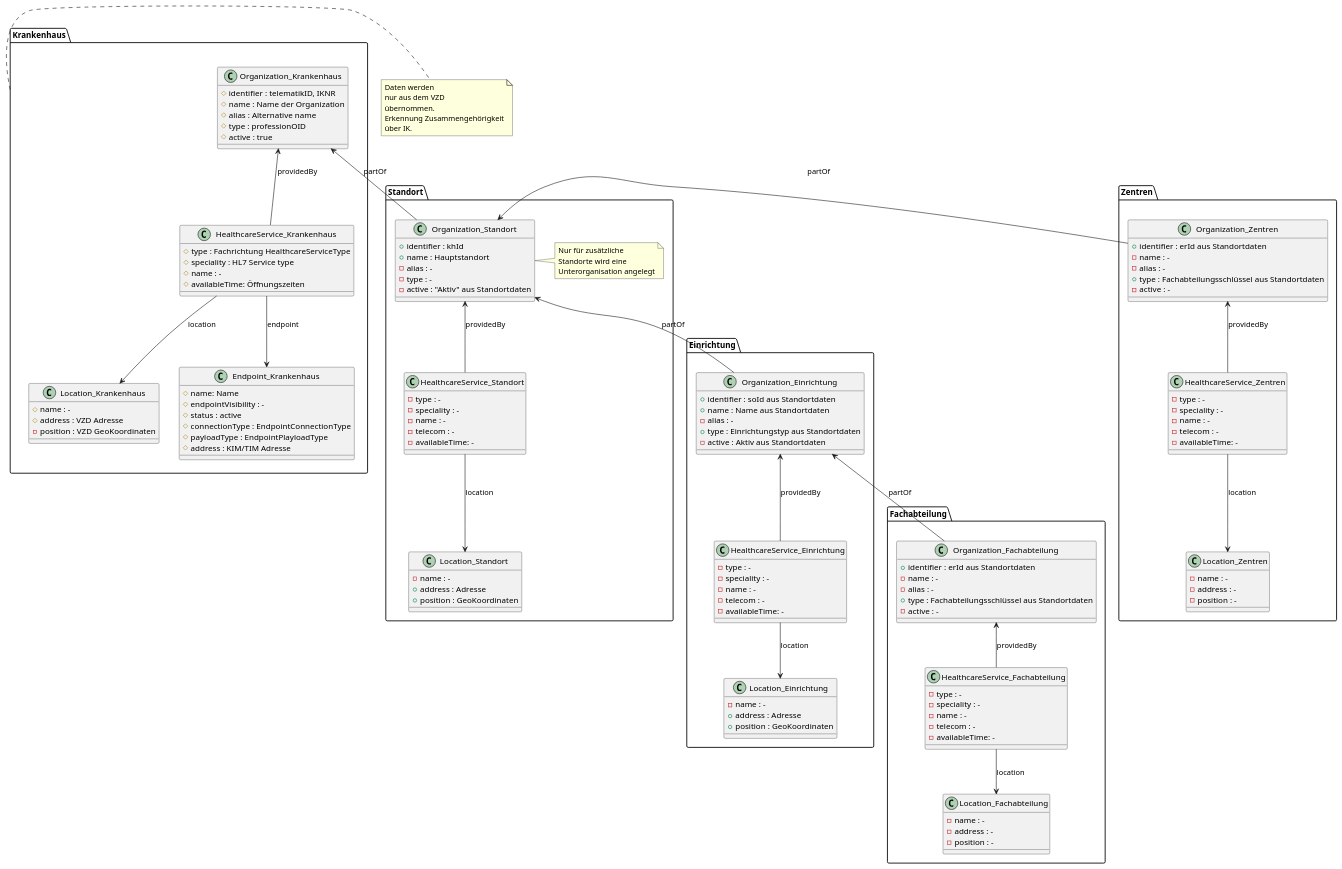
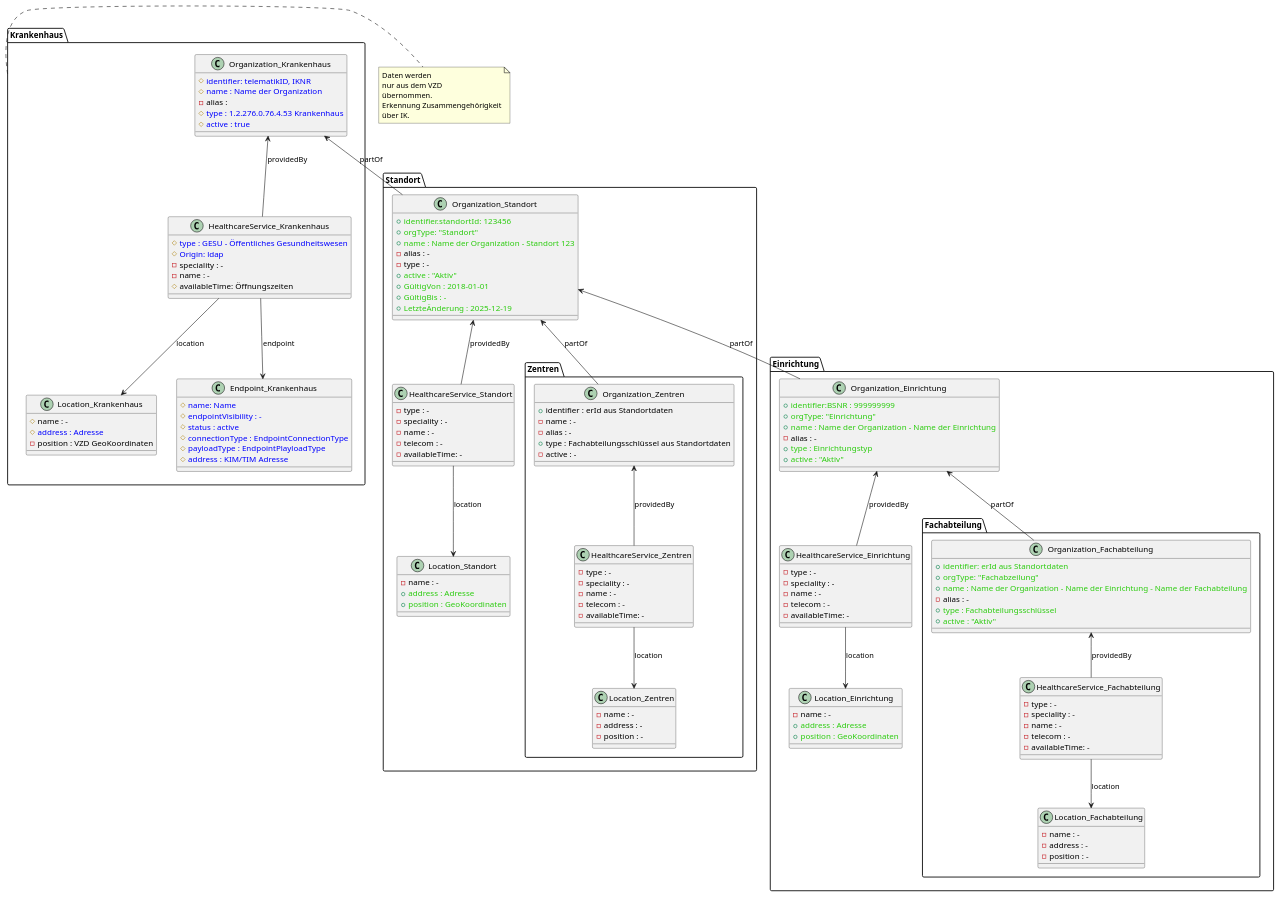
Before and after one commit to gematik/api-vzd: the diagram in src/plantuml/OrgStruct/Standortverzeichnis.puml, drawn with PlantUML.

```diff
--- a/src/plantuml/OrgStruct/Standortverzeichnis.puml
+++ b/src/plantuml/OrgStruct/Standortverzeichnis.puml
@@ -1,197 +1,182 @@
 @startuml
 
 package "Krankenhaus" {
-  
+
 class Organization_Krankenhaus {
-#identifier : telematikID, IKNR 
-#name : Name der Organization 
-#alias : Alternative name
-#type : professionOID
-#active : true
+#<color:#0000FF>identifier: telematikID, IKNR</color> 
+#<color:#0000FF>name : Name der Organization</color>
+-alias : 
+#<color:#0000FF>type : 1.2.276.0.76.4.53 Krankenhaus</color>
+#<color:#0000FF>active : true</color>
 }
 
-
-
 class HealthcareService_Krankenhaus {
-#type : Fachrichtung HealthcareServiceType
-#speciality : HL7 Service type
-#name : -
+#<color:#0000FF>type : GESU - Öffentliches Gesundheitswesen</color>
+#<color:#0000FF>Origin: ldap</color>
+-speciality : -
+-name : -
 #availableTime: Öffnungszeiten
 }
 
 Organization_Krankenhaus <-- HealthcareService_Krankenhaus : providedBy
 HealthcareService_Krankenhaus --> Location_Krankenhaus : location
 HealthcareService_Krankenhaus --> Endpoint_Krankenhaus : endpoint
 
 
 class Location_Krankenhaus {
 #name : -
-#address : VZD Adresse 
+#<color:#0000FF>address : Adresse</color>
 -position : VZD GeoKoordinaten
 }
 
-
 class Endpoint_Krankenhaus {
-#name: Name
-#endpointVisibility : -
-#status : active
-#connectionType : EndpointConnectionType
-#payloadType : EndpointPlayloadType
-#address : KIM/TIM Adresse
+#<color:#0000FF>name: Name</color>
+#<color:#0000FF>endpointVisibility : -</color>
+#<color:#0000FF>status : active</color>
+#<color:#0000FF>connectionType : EndpointConnectionType</color>
+#<color:#0000FF>payloadType : EndpointPlayloadType</color>
+#<color:#0000FF>address : KIM/TIM Adresse</color>
 }
 
 }
 
 note right of Krankenhaus 
    Daten werden
    nur aus dem VZD
    übernommen.
    Erkennung Zusammengehörigkeit
    über IK.
 end note   
 
 package "Standort" {
 
 class Organization_Standort {
-+identifier : khId
-+name : Hauptstandort
++<color:#2bcc0e>identifier.standortId: 123456</color>
++<color:#2bcc0e>orgType: "Standort"</color>
++<color:#2bcc0e>name : Name der Organization - Standort 123</color>
 -alias : -
 -type : -
--active : "Aktiv" aus Standortdaten
++<color:#2bcc0e>active : "Aktiv"</color>
++<color:#2bcc0e>GültigVon : 2018-01-01</color>
++<color:#2bcc0e>GültigBis : -</color>
++<color:#2bcc0e>LetzteÄnderung : 2025-12-19</color>
 }
-note right of Organization_Standort 
-   Nur für zusätzliche
-   Standorte wird eine
-   Unterorganisation angelegt
-end note 
 
 Organization_Krankenhaus <-- Organization_Standort : "partOf"
 HealthcareService_Krankenhaus -[hidden]right-> Organization_Standort
 
 class HealthcareService_Standort {
 -type : -
 -speciality : -
 -name : -
 -telecom : -
 -availableTime: -
 }
 
 HealthcareService_Standort --> Location_Standort : location
 Organization_Standort <-- HealthcareService_Standort : providedBy
 
-
-
 class Location_Standort {
 -name : -
-+address : Adresse
-+position : GeoKoordinaten
++<color:#2bcc0e>address : Adresse</color>
++<color:#2bcc0e>position : GeoKoordinaten</color>
+}
+
+package "Zentren" {
+
+class Organization_Zentren {
++identifier : erId aus Standortdaten
+-name : -
+-alias : -
++type : Fachabteilungsschlüssel aus Standortdaten
+-active : -
+}
+
+Organization_Standort <-down- Organization_Zentren : "partOf"
+
+class HealthcareService_Zentren {
+-type : -
+-speciality : -
+-name : -
+-telecom : -
+-availableTime: -
+}
+
+HealthcareService_Zentren --> Location_Zentren : location
+Organization_Zentren <-- HealthcareService_Zentren : providedBy
+
+class Location_Zentren {
+-name : -
+-address : -
+-position : -
+}
+
 }
 
 }
 
 package "Einrichtung" {
 
 class Organization_Einrichtung {
-+identifier : soId aus Standortdaten
-+name : Name aus Standortdaten
++<color:#2bcc0e>identifier:BSNR : 999999999</color>
++<color:#2bcc0e>orgType: "Einrichtung"</color>
++<color:#2bcc0e>name : Name der Organization - Name der Einrichtung</color>
 -alias : -
-+type : Einrichtungstyp aus Standortdaten
--active : Aktiv aus Standortdaten
++<color:#2bcc0e>type : Einrichtungstyp</color>
++<color:#2bcc0e>active : "Aktiv"</color>
 }
-
 
 Organization_Standort <-- Organization_Einrichtung : "partOf"
 
 class HealthcareService_Einrichtung {
 -type : -
 -speciality : -
 -name : -
 -telecom : -
 -availableTime: -
 }
 
 HealthcareService_Einrichtung --> Location_Einrichtung : location
 Organization_Einrichtung <-- HealthcareService_Einrichtung : providedBy
 
-
-
 class Location_Einrichtung {
 -name : -
-+address : Adresse
-+position : GeoKoordinaten
++<color:#2bcc0e>address : Adresse</color>
++<color:#2bcc0e>position : GeoKoordinaten</color>
 }
-
-}
-
 
 package "Fachabteilung" {
 
-
 class Organization_Fachabteilung {
-+identifier : erId aus Standortdaten
--name : -
++<color:#2bcc0e>identifier: erId aus Standortdaten</color>
++<color:#2bcc0e>orgType: "Fachabzeilung"</color>
++<color:#2bcc0e>name : Name der Organization - Name der Einrichtung - Name der Fachabteilung</color>
 -alias : -
-+type : Fachabteilungsschlüssel aus Standortdaten
--active : -
++<color:#2bcc0e>type : Fachabteilungsschlüssel</color>
++<color:#2bcc0e>active : "Aktiv"</color>
 }
-
 
 Organization_Einrichtung <-- Organization_Fachabteilung : "partOf"
 
 class HealthcareService_Fachabteilung {
 -type : -
 -speciality : -
 -name : -
 -telecom : -
 -availableTime: -
 }
 
 HealthcareService_Fachabteilung --> Location_Fachabteilung : location
 Organization_Fachabteilung <-- HealthcareService_Fachabteilung : providedBy
 
-
 class Location_Fachabteilung {
 -name : -
 -address : -
 -position : -
 }
 
 }
 
-package "Zentren" {
-
-
-class Organization_Zentren {
-+identifier : erId aus Standortdaten
--name : -
--alias : -
-+type : Fachabteilungsschlüssel aus Standortdaten
--active : -
 }
 
-
-Organization_Standort <-right- Organization_Zentren : "partOf"
-
-class HealthcareService_Zentren {
--type : -
--speciality : -
--name : -
--telecom : -
--availableTime: -
-}
-
-HealthcareService_Zentren --> Location_Zentren : location
-Organization_Zentren <-- HealthcareService_Zentren : providedBy
-
-
-class Location_Zentren {
--name : -
--address : -
--position : -
-}
-
-}
-
-
-
 @enduml
```
